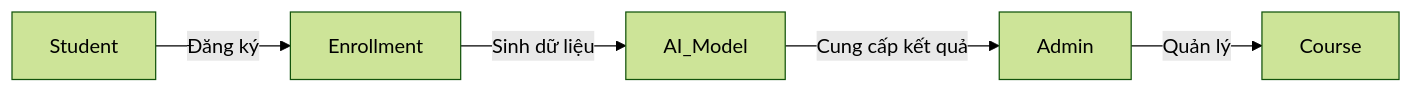
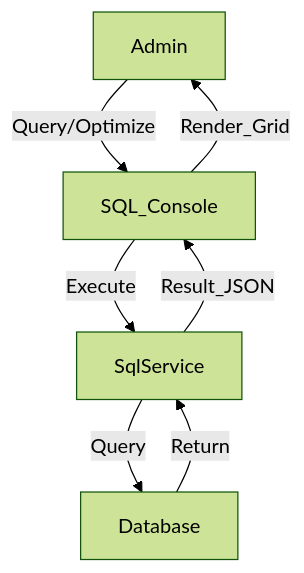
One commit to jacksama11223/asp.net-app changed the diagram in usecase.md. Above: the diagram before and after it, drawn with Mermaid (forest theme). The commit also changed other lines of this file and 120 other files, not shown here.

````diff
--- a/usecase.md
+++ b/usecase.md
@@ -29,7 +58,9 @@
 ```mermaid
-graph LR
-    Admin -- Quản lý --> Course
-    Student -- Đăng ký --> Enrollment
-    Enrollment -- Sinh dữ liệu --> AI_Model
-    AI_Model -- Cung cấp kết quả --> Admin
+graph TD
+    Admin -- Query/Optimize --> SQL_Console
+    SQL_Console -- Execute --> SqlService
+    SqlService -- Query --> Database
+    Database -- Return --> SqlService
+    SqlService -- Result_JSON --> SQL_Console
+    SQL_Console -- Render_Grid --> Admin
 ```
````
